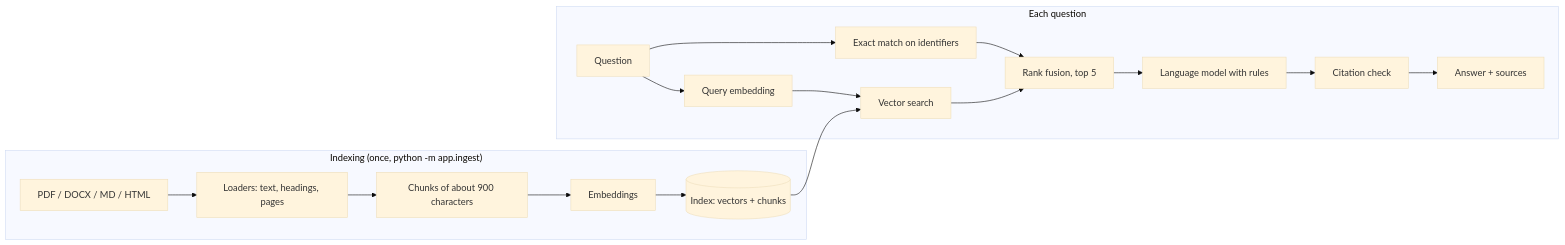
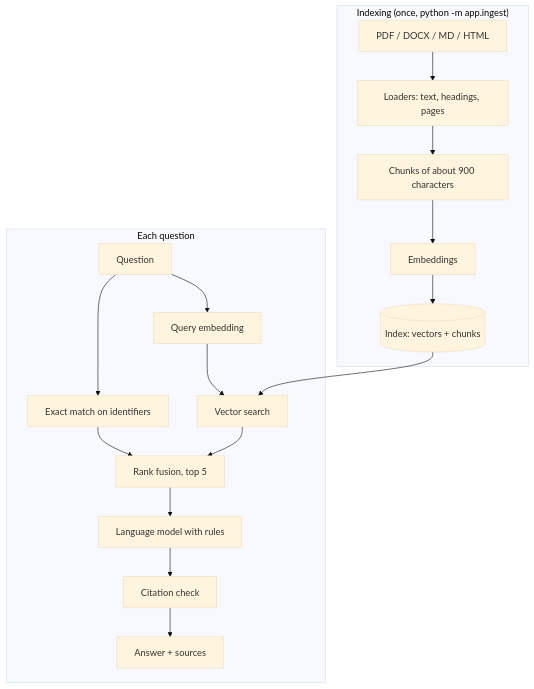
One commit to KeremCanArslan/docs-assistant changed the diagram in README.md. Above: the diagram before and after it, drawn with Mermaid (base theme). The commit also changed other lines of this file and 3 other files, not shown here.

````diff
--- a/README.md
+++ b/README.md
@@ -20,20 +31,20 @@
 ```mermaid
-flowchart LR
+flowchart TB
     subgraph Indexing["Indexing (once, python -m app.ingest)"]
         D[PDF / DOCX / MD / HTML] --> L[Loaders: text, headings, pages]
         L --> C[Chunks of about 900 characters]
         C --> E1[Embeddings]
         E1 --> I[(Index: vectors + chunks)]
     end
     subgraph Question["Each question"]
         Q[Question] --> E2[Query embedding]
         E2 --> S[Vector search]
         Q --> K[Exact match on identifiers]
         S --> F[Rank fusion, top 5]
         K --> F
         I --> S
         F --> G[Language model with rules]
         G --> V[Citation check]
         V --> A[Answer + sources]
     end
 ```
````
